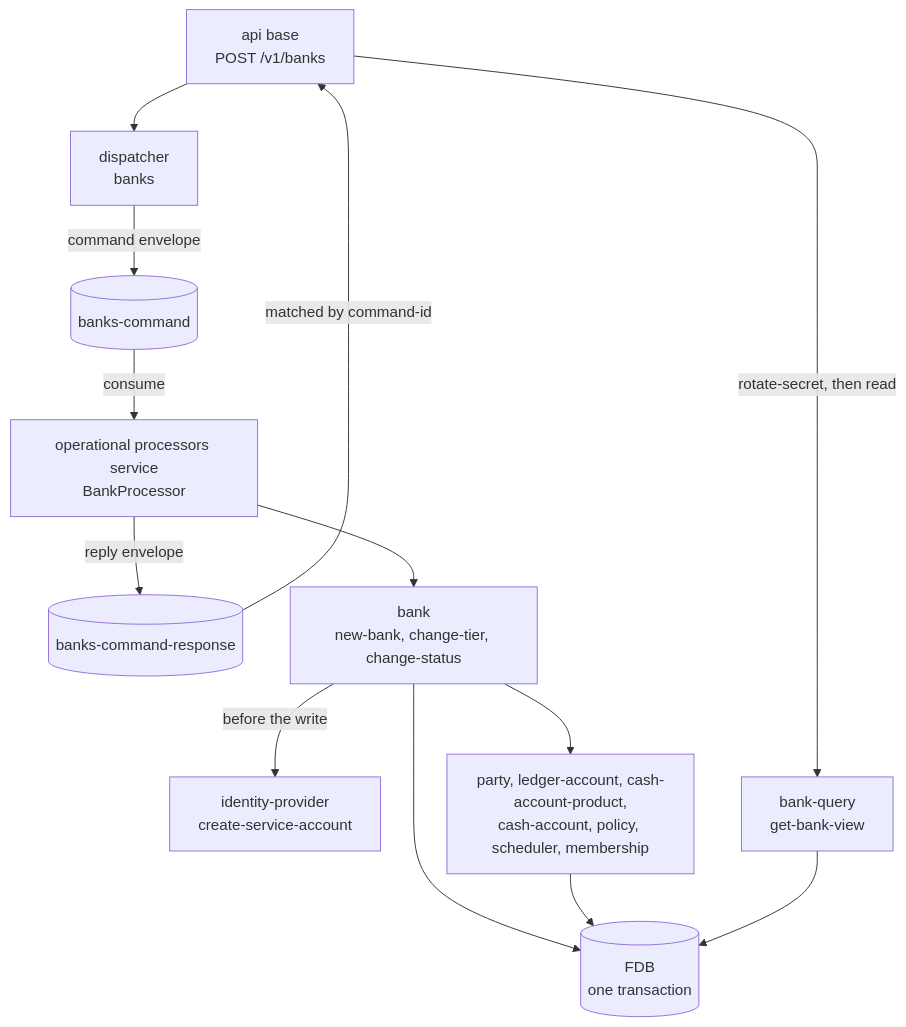
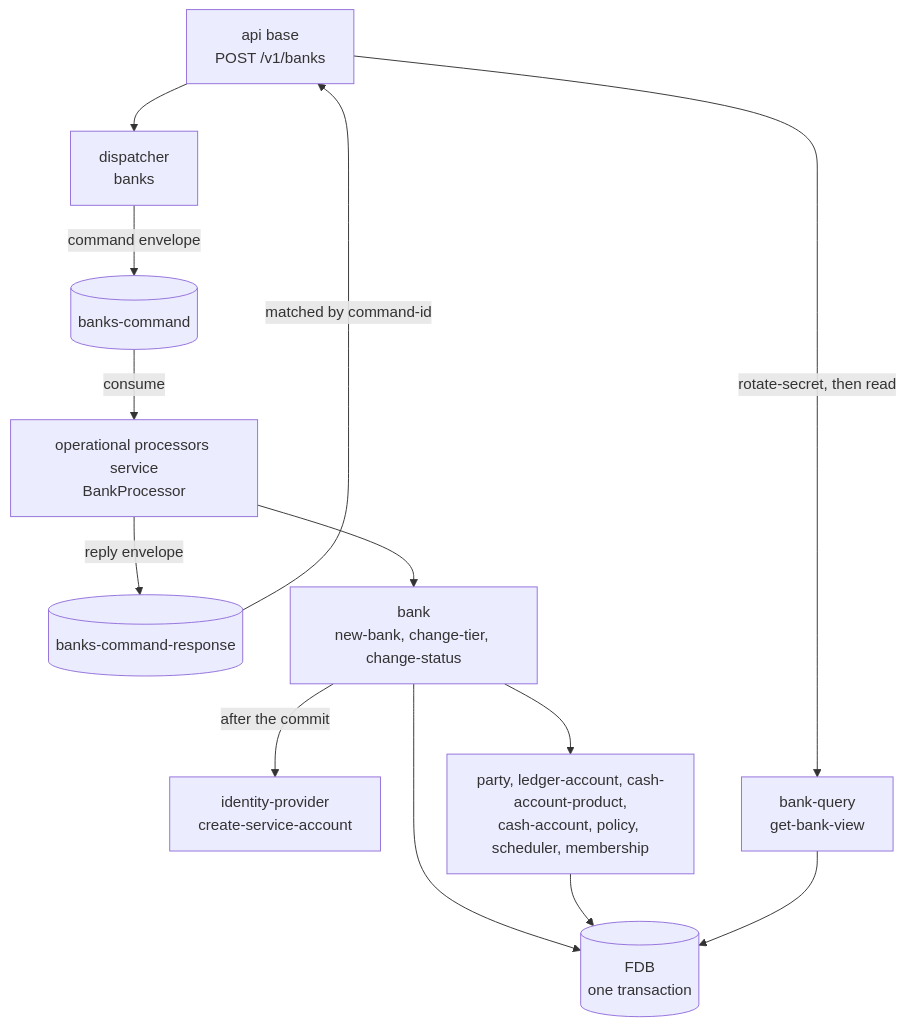
Before and after one commit to repldriven/queenswood: the diagram in docs/tdd/banks.md, drawn with Mermaid. The commit also changed other lines of this file and 39 other files, not shown here.

First line of the commit message:
Configure a command's reply timeout, create a bank's client after its commit, and redraw the TDDs' sequence diagrams (#832)

````diff
--- a/docs/tdd/banks.md
+++ b/docs/tdd/banks.md
@@ -85,26 +85,26 @@
 ```mermaid
 graph TD
     API["api base<br/>POST /v1/banks"]
     DISP["dispatcher<br/>banks"]
     CH[("banks-command")]
     RCH[("banks-command-response")]
     PROC["operational processors service<br/>BankProcessor"]
     CORE["bank<br/>new-bank, change-tier, change-status"]
     IDP["identity-provider<br/>create-service-account"]
     BRICKS["party, ledger-account, cash-account-product,<br/>cash-account, policy, scheduler, membership"]
     QRY["bank-query<br/>get-bank-view"]
     FDB[("FDB<br/>one transaction")]
 
     API --> DISP
     DISP -->|"command envelope"| CH
     CH -->|consume| PROC
     PROC --> CORE
-    CORE -->|"before the write"| IDP
+    CORE -->|"after the commit"| IDP
     CORE --> BRICKS
     CORE --> FDB
     BRICKS --> FDB
     PROC -->|"reply envelope"| RCH
     RCH -->|"matched by command-id"| API
     API -->|"rotate-secret, then read"| QRY
     QRY --> FDB
 ```
````
